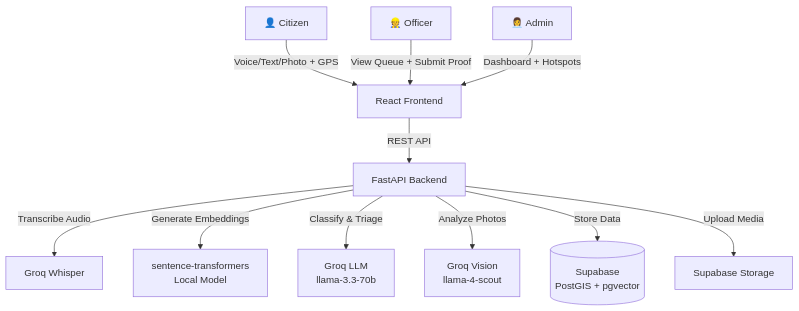
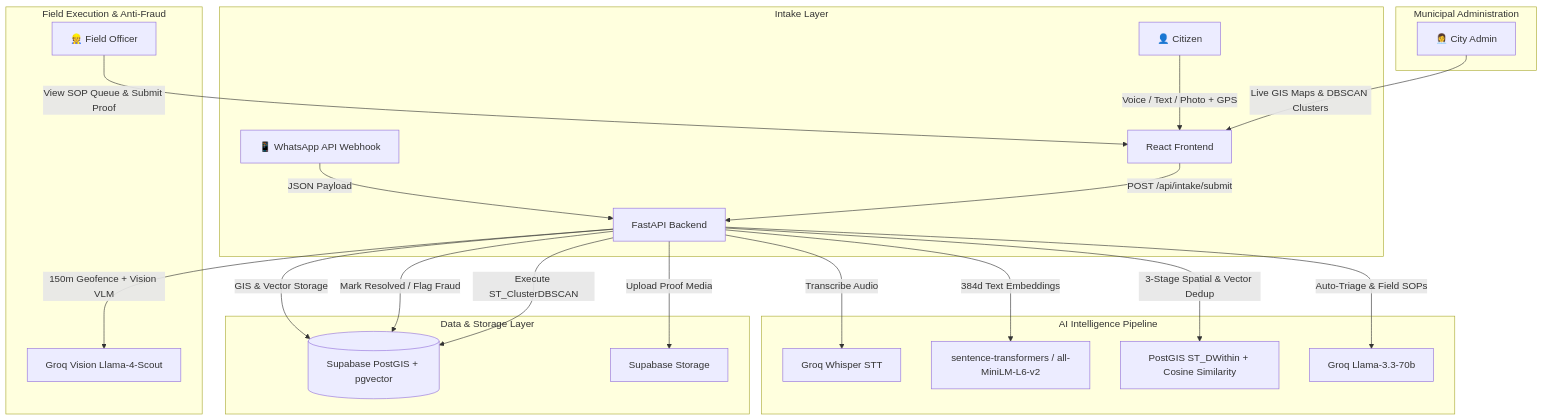
One commit to AvantikaPawar2008/JanSahayAI changed the diagram in README.md. Above: the diagram before and after it, drawn with Mermaid. The commit also changed other lines of this file and 1 other file, not shown here.

````diff
--- a/README.md
+++ b/README.md
@@ -14,13 +28,31 @@
 ```mermaid
 graph TB
-    C[👤 Citizen] -->|Voice/Text/Photo + GPS| FE[React Frontend]
-    FE -->|REST API| BE[FastAPI Backend]
-    BE -->|Transcribe Audio| WHISPER[Groq Whisper]
-    BE -->|Generate Embeddings| EMB[sentence-transformers<br/>Local Model]
-    BE -->|Classify & Triage| LLM[Groq LLM<br/>llama-3.3-70b]
-    BE -->|Analyze Photos| VLM[Groq Vision<br/>llama-4-scout]
-    BE -->|Store Data| DB[(Supabase<br/>PostGIS + pgvector)]
-    BE -->|Upload Media| STORE[Supabase Storage]
-    O[👷 Officer] -->|View Queue + Submit Proof| FE
-    A[👩‍💼 Admin] -->|Dashboard + Hotspots| FE
+    subgraph Intake Layer
+        C[👤 Citizen] -->|Voice / Text / Photo + GPS| FE[React Frontend]
+        WA[📱 WhatsApp API Webhook] -->|JSON Payload| BE[FastAPI Backend]
+    end
+
+    subgraph AI Intelligence Pipeline
+        FE -->|POST /api/intake/submit| BE
+        BE -->|Transcribe Audio| STT[Groq Whisper STT]
+        BE -->|384d Text Embeddings| EMB[sentence-transformers / all-MiniLM-L6-v2]
+        BE -->|3-Stage Spatial & Vector Dedup| DEDUP[PostGIS ST_DWithin + Cosine Similarity]
+        BE -->|Auto-Triage & Field SOPs| LLM[Groq Llama-3.3-70b]
+    end
+
+    subgraph Data & Storage Layer
+        BE -->|GIS & Vector Storage| DB[(Supabase PostGIS + pgvector)]
+        BE -->|Upload Proof Media| STORE[Supabase Storage]
+    end
+
+    subgraph Field Execution & Anti-Fraud
+        O[👷 Field Officer] -->|View SOP Queue & Submit Proof| FE
+        BE -->|150m Geofence + Vision VLM| VLM[Groq Vision Llama-4-Scout]
+        BE -->|Mark Resolved / Flag Fraud| DB
+    end
+
+    subgraph Municipal Administration
+        A[👩‍💼 City Admin] -->|Live GIS Maps & DBSCAN Clusters| FE
+        BE -->|Execute ST_ClusterDBSCAN| DB
+    end
 ```
````
